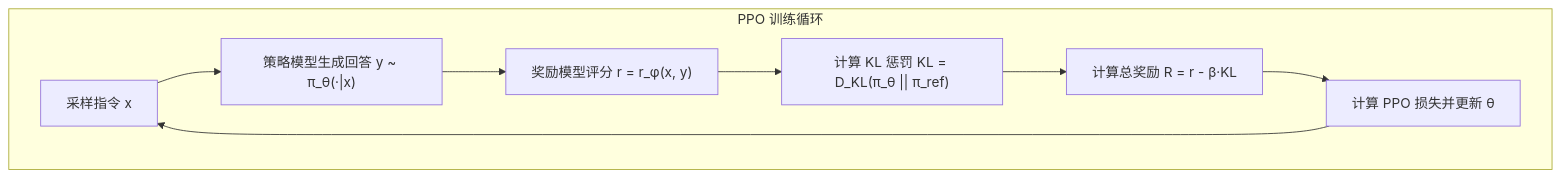
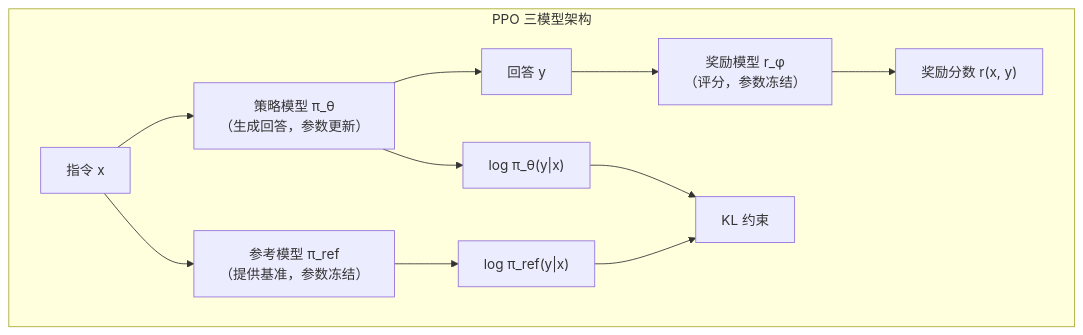
One commit to fenixsoft/dmla changed the fourth of 4 diagrams in docs/language-models/alignment/rlhf.md. Above: the diagram before and after it, drawn with Mermaid. The commit also changed other lines of this file and 4 other files, not shown here.

````diff
--- a/docs/language-models/alignment/rlhf.md
+++ b/docs/language-models/alignment/rlhf.md
@@ -394,11 +311,14 @@
 ```mermaid
 graph TB
-    subgraph PPO 训练循环
-        S1["采样指令 x"] --> S2["策略模型生成回答 y ~ π_θ(·|x)"]
-        S2 --> S3["奖励模型评分 r = r_φ(x, y)"]
-        S3 --> S4["计算 KL 惩罚 KL = D_KL(π_θ || π_ref)"]
-        S4 --> S5["计算总奖励 R = r - β·KL"]
-        S5 --> S6["计算 PPO 损失并更新 θ"]
-        S6 --> S1
+    subgraph PPO 三模型架构
+        X["指令 x"] --> A["策略模型 π_θ<br/>（生成回答，参数更新）"]
+        X --> R["参考模型 π_ref<br/>（提供基准，参数冻结）"]
+        A --> Y["回答 y"]
+        Y --> RM["奖励模型 r_φ<br/>（评分，参数冻结）"]
+        RM --> SCORE["奖励分数 r(x, y)"]
+        A --> LOG1["log π_θ(y|x)"]
+        R --> LOG2["log π_ref(y|x)"]
+        LOG1 --> KL["KL 约束"]
+        LOG2 --> KL
     end
 ```
````
